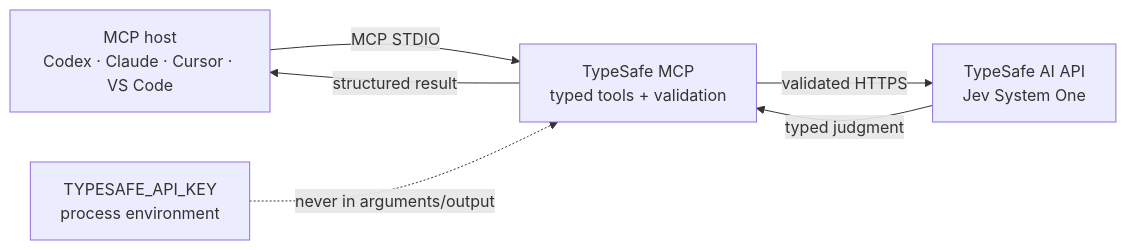
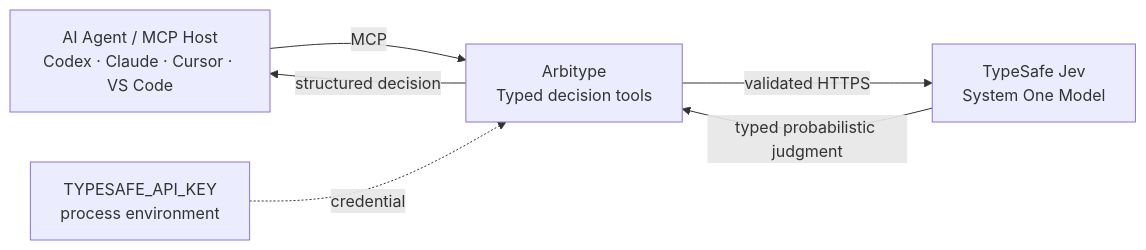
The diagram in README.md (Renwang-Huang/arbitype), drawn with Mermaid before and after one commit. The commit also changed other lines of this file and 41 other files, not shown here.

````diff
--- a/README.md
+++ b/README.md
@@ -68,13 +99,13 @@
 ```mermaid
 flowchart LR
-    host["MCP host<br/>Codex · Claude · Cursor · VS Code"]
-    bridge["TypeSafe MCP<br/>typed tools + validation"]
-    api["TypeSafe AI API<br/>Jev System One"]
+    host["AI Agent / MCP Host<br/>Codex · Claude · Cursor · VS Code"]
+    arbitype["Arbitype<br/>Typed decision tools"]
+    jev["TypeSafe Jev<br/>System One Model"]
     env["TYPESAFE_API_KEY<br/>process environment"]
 
-    host -->|MCP STDIO| bridge
-    bridge -->|validated HTTPS| api
-    api -->|typed judgment| bridge
-    bridge -->|structured result| host
-    env -. never in arguments/output .-> bridge
+    host -->|MCP| arbitype
+    arbitype -->|validated HTTPS| jev
+    jev -->|typed probabilistic judgment| arbitype
+    arbitype -->|structured decision| host
+    env -. credential .-> arbitype
 ```
````
